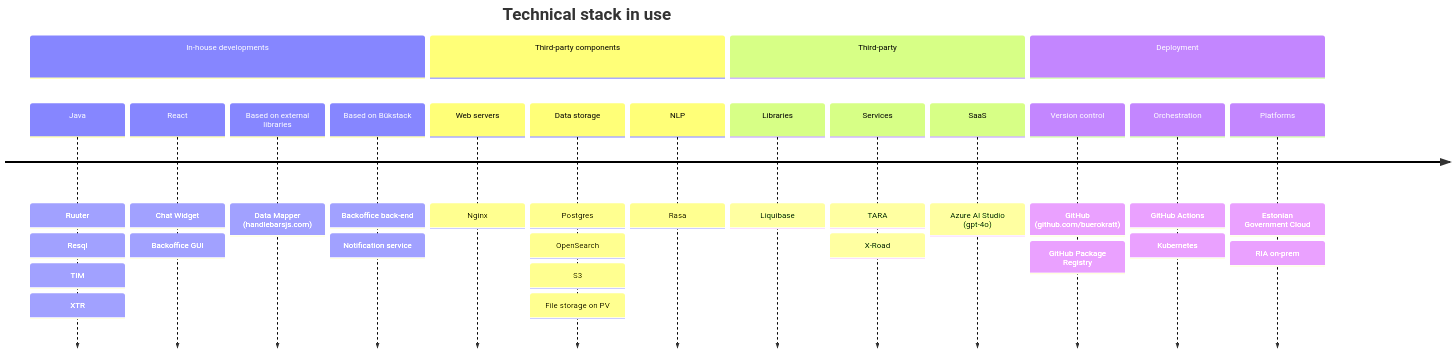
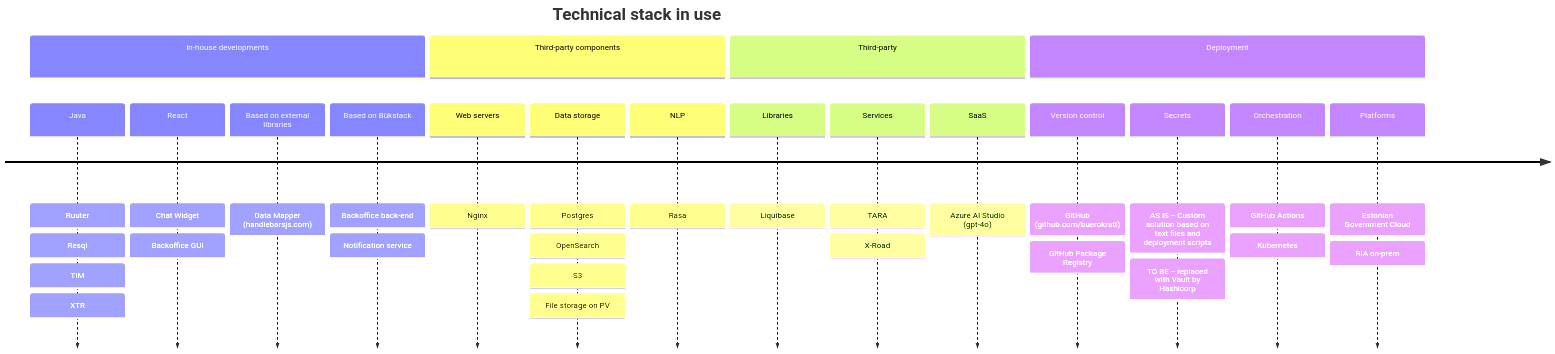
Before and after one commit to buerokratt/buerokratt: the diagram in docs/technical-stack.md, drawn with Mermaid.

Commit message:
Added "Secrets" section under "Deployment"

````diff
--- a/docs/technical-stack.md
+++ b/docs/technical-stack.md
@@ -19,37 +19,39 @@
 ```mermaid
 timeline
     title Technical stack in use
 
     section In-house developments
         Java    :   Ruuter
                 :   Resql
                 :   TIM
                 :   XTR
         React   :   Chat Widget
                 :   Backoffice GUI
         Based on external libraries :   Data Mapper<br>(handlebarsjs.com)
         Based on Bükstack   :   Backoffice back-end
                             :   Notification service
 
     section Third-party components
         Web servers :   Nginx
         Data storage    :   Postgres
                         :   OpenSearch
                         :   S3
                         :   File storage on PV
         NLP :   Rasa
     
     section Third-party
         Libraries   :   Liquibase
         Services    :   TARA
                     :   X-Road
         SaaS        :   Azure AI Studio (gpt-4o)
     
     section Deployment
         Version control :   GitHub (github.com/buerokratt)
                         :   GitHub Package Registry
+        Secrets         :   AS IS -- Custom solution based on text files and deployment scripts
+                        :   TO BE -- replaced with Vault by Hashicorp
         Orchestration   :   GitHub Actions
                         :   Kubernetes
         Platforms       :   Estonian Government Cloud
                         :   RIA on-prem
 ```
````
